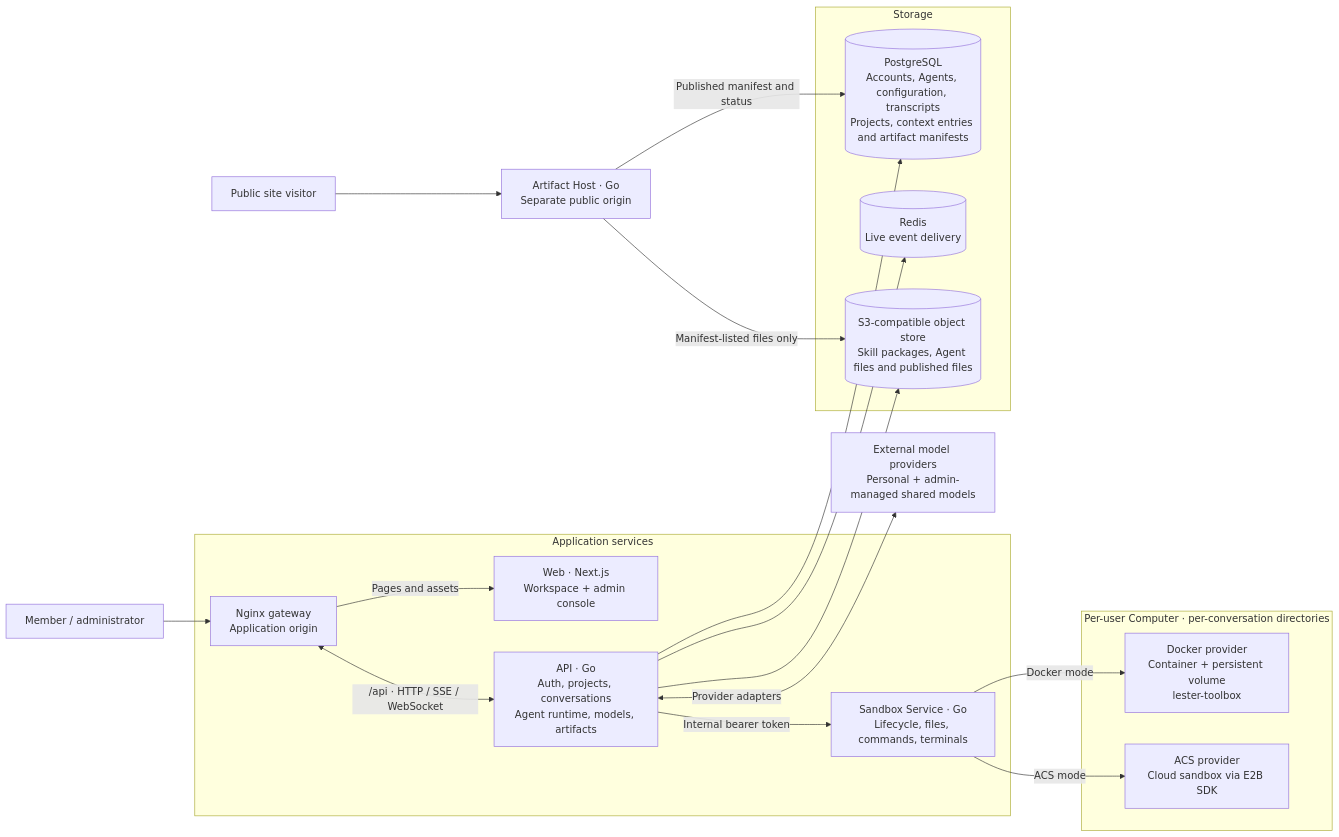
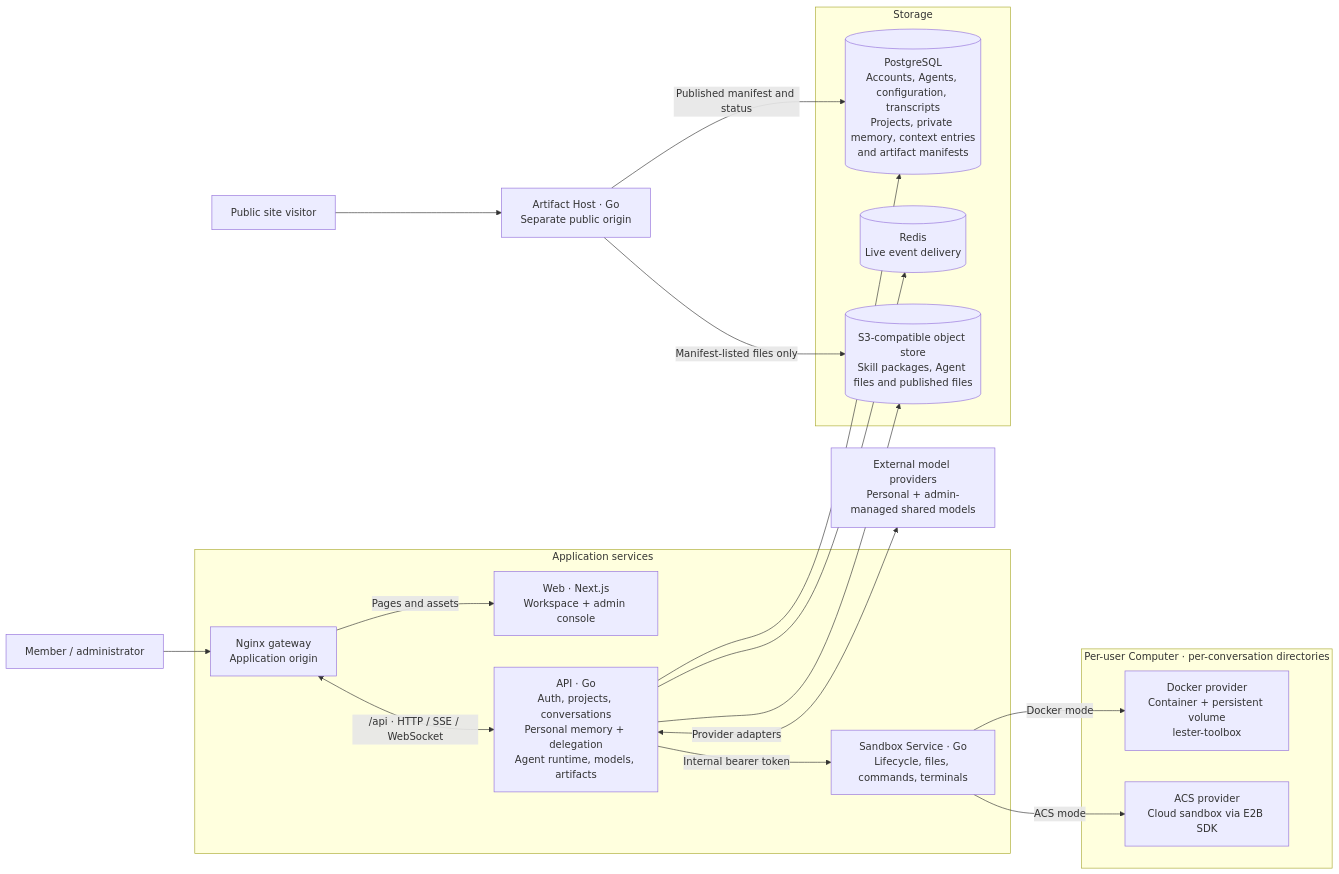
One commit to biubiuqiu/lester-agent changed the first of 2 diagrams in README.md. Above: the diagram before and after it, drawn with Mermaid. The commit also changed other lines of this file and 84 other files, not shown here.

Commit message:
feat(personal): add persistent assistant memory and task delegation

````diff
--- a/README.md
+++ b/README.md
@@ -311,32 +323,32 @@
 ```mermaid
 flowchart LR
     User["Member / administrator"] --> Gateway["Nginx gateway<br/>Application origin"]
 
     subgraph App["Application services"]
         Gateway -->|"Pages and assets"| Web["Web · Next.js<br/>Workspace + admin console"]
-        Gateway <-->|"/api · HTTP / SSE / WebSocket"| API["API · Go<br/>Auth, projects, conversations<br/>Agent runtime, models, artifacts"]
+        Gateway <-->|"/api · HTTP / SSE / WebSocket"| API["API · Go<br/>Auth, projects, conversations<br/>Personal memory + delegation<br/>Agent runtime, models, artifacts"]
         API -->|"Internal bearer token"| Sandbox["Sandbox Service · Go<br/>Lifecycle, files, commands, terminals"]
     end
 
     subgraph Data["Storage"]
-        DB[("PostgreSQL<br/>Accounts, Agents, configuration, transcripts<br/>Projects, context entries and artifact manifests")]
+        DB[("PostgreSQL<br/>Accounts, Agents, configuration, transcripts<br/>Projects, private memory, context entries<br/>and artifact manifests")]
         Redis[("Redis<br/>Live event delivery")]
         Objects[("S3-compatible object store<br/>Skill packages, Agent files and published files")]
     end
 
     API --> DB
     API --> Redis
     API --> Objects
     API <-->|"Provider adapters"| Models["External model providers<br/>Personal + admin-managed shared models"]
 
     subgraph Computers["Per-user Computer · per-conversation directories"]
         Docker["Docker provider<br/>Container + persistent volume<br/>lester-toolbox"]
         ACS["ACS provider<br/>Cloud sandbox via E2B SDK"]
     end
     Sandbox -->|"Docker mode"| Docker
     Sandbox -->|"ACS mode"| ACS
 
     Visitor["Public site visitor"] --> Host["Artifact Host · Go<br/>Separate public origin"]
     Host -->|"Published manifest and status"| DB
     Host -->|"Manifest-listed files only"| Objects
 ```
````
